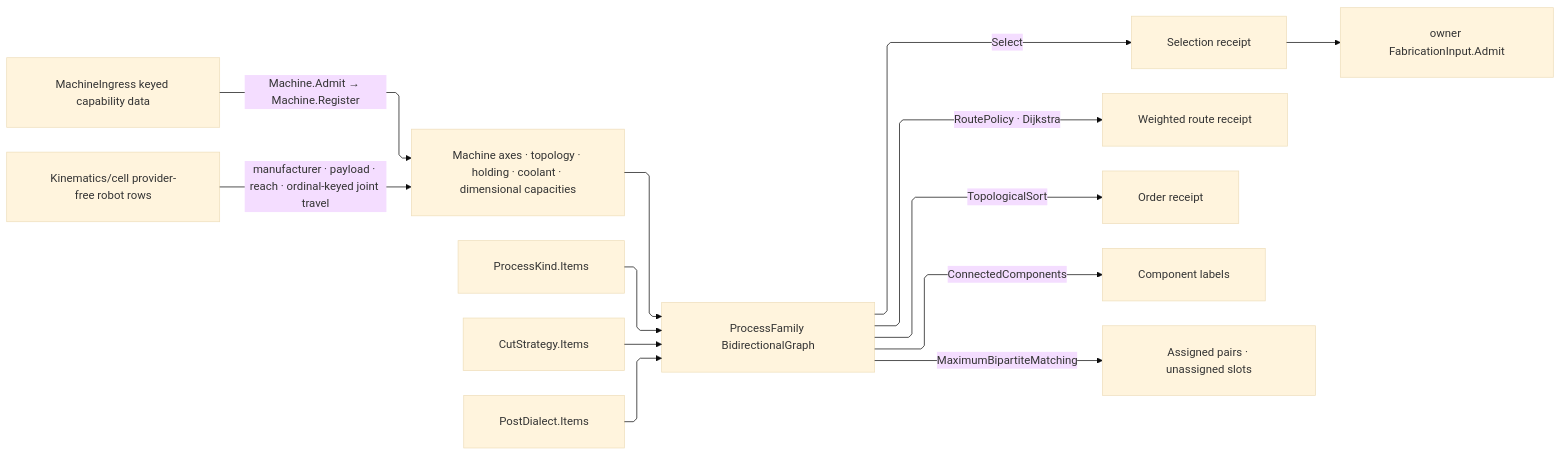
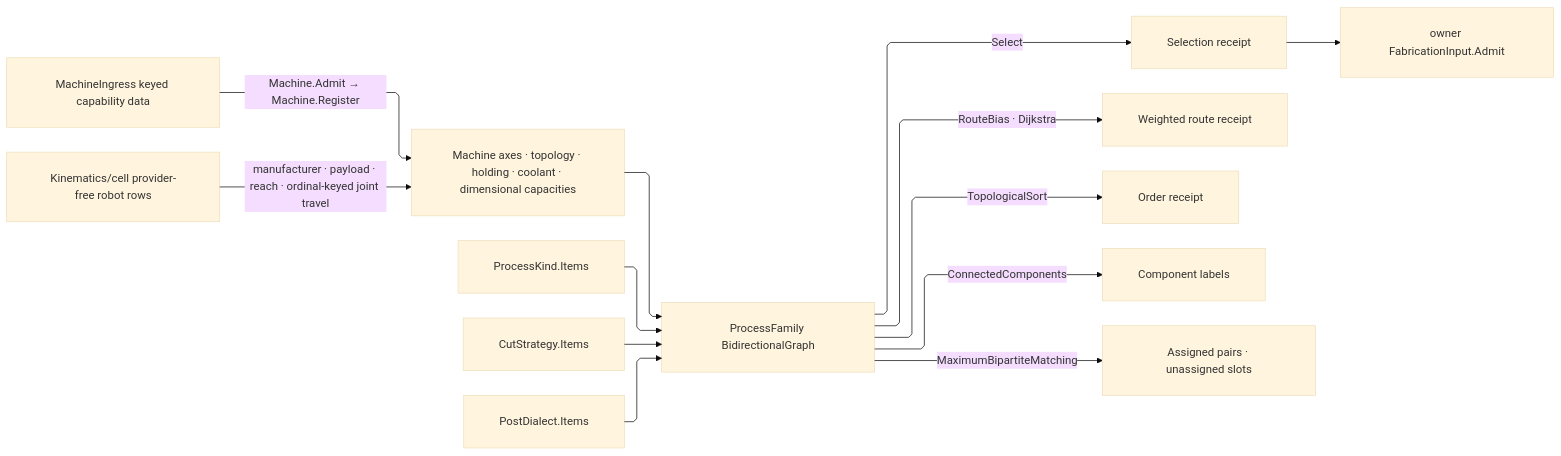
One commit to bsamiee/Rasm changed the diagram in libs/csharp/Rasm.Fabrication/.planning/Process/family.md. Above: the diagram before and after it, drawn with Mermaid (base theme). The commit also changed other lines of this file and 818 other files, not shown here.

````diff
--- a/libs/csharp/Rasm.Fabrication/.planning/Process/family.md
+++ b/libs/csharp/Rasm.Fabrication/.planning/Process/family.md
@@ -1348,24 +1357,24 @@
 ```mermaid
 ---
 config:
   layout: elk
   flowchart:
     curve: linear
     padding: 25
 ---
 flowchart LR
     accTitle: Fabrication process-family relations
     accDescr: Bounded process axes and admitted runtime machines fold into one graph that serves selection, reachability, ordering, connected-family inspection, and fleet matching.
     Seeds["MachineIngress keyed capability data"] -->|Machine.Admit → Machine.Register| Machine["Machine axes · topology · holding · coolant · dimensional capacities"]
     Cell["Kinematics/cell provider-free robot rows"] -->|manufacturer · payload · reach · ordinal-keyed joint travel| Machine
     Process["ProcessKind.Items"] --> Graph["ProcessFamily BidirectionalGraph"]
     Strategy["CutStrategy.Items"] --> Graph
     Dialect["PostDialect.Items"] --> Graph
     Machine --> Graph
     Graph -->|Select| Selection["Selection receipt"]
-    Graph -->|RoutePolicy · Dijkstra| Route["Weighted route receipt"]
+    Graph -->|RouteBias · Dijkstra| Route["Weighted route receipt"]
     Graph -->|TopologicalSort| Order["Order receipt"]
     Graph -->|ConnectedComponents| Components["Component labels"]
     Graph -->|MaximumBipartiteMatching| Allocation["Assigned pairs · unassigned slots"]
     Selection --> Fabrication["owner FabricationInput.Admit"]
 ```
````
